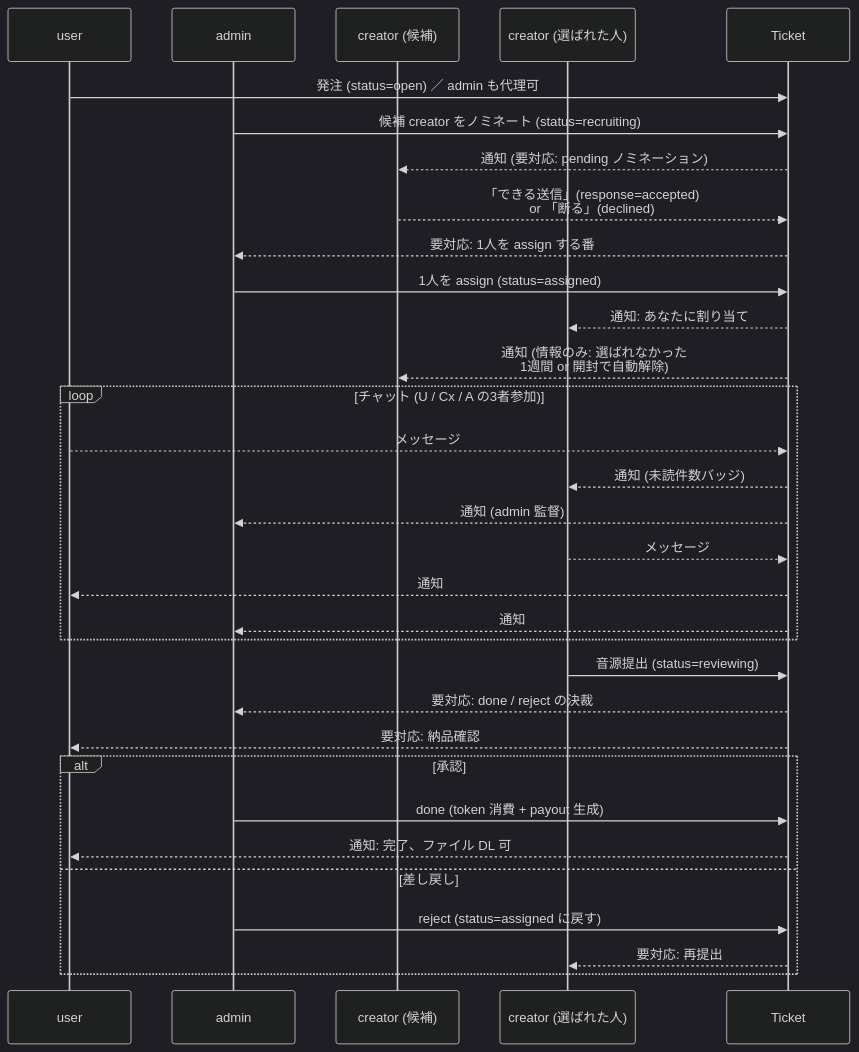
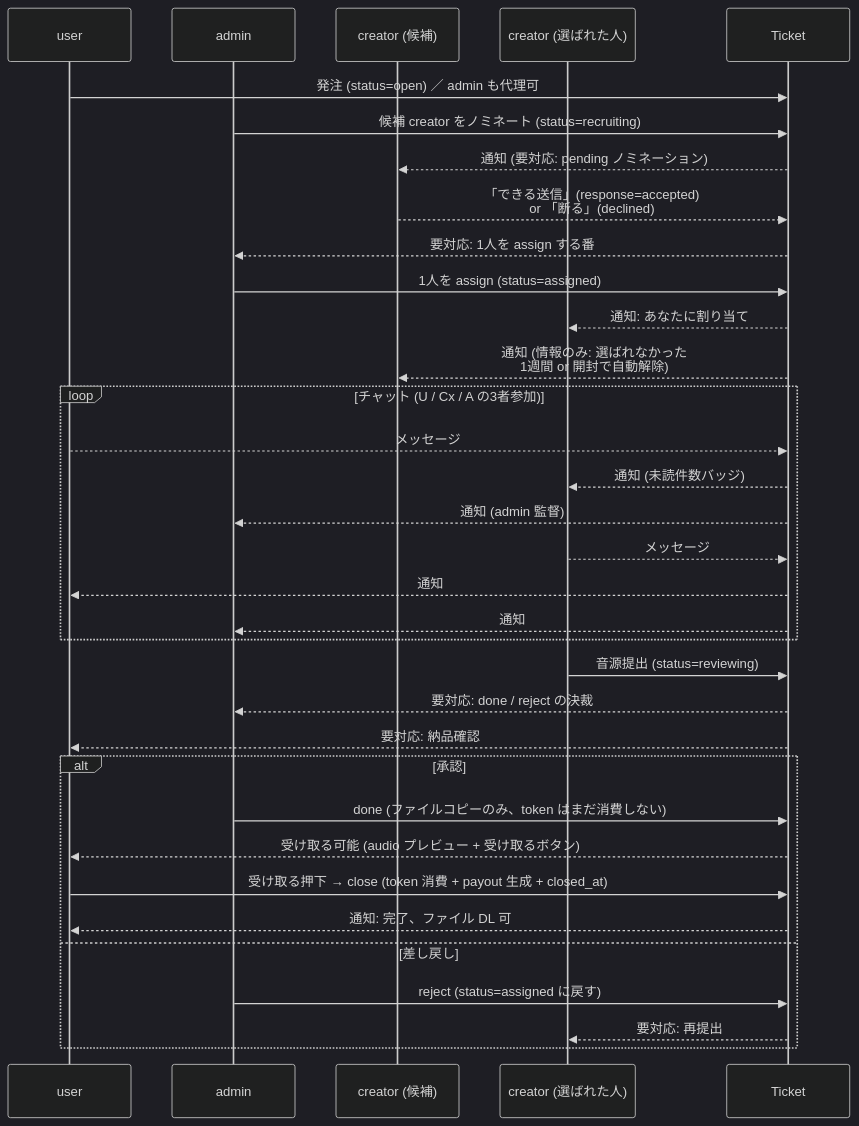
The second of 2 diagrams in docs/ORDER_SPEC.md (Sa-saT/AudioDataManagement), drawn with Mermaid (dark theme) before and after one commit. The commit also changed other lines of this file and 2 other files, not shown here.

First line of the commit message:
fix: 改訂2.2 — token 消費を done から close (受け取る) に移動

````diff
--- a/docs/ORDER_SPEC.md
+++ b/docs/ORDER_SPEC.md
@@ -554,35 +557,37 @@
 ```mermaid
 sequenceDiagram
     participant U as user
     participant A as admin
     participant C1 as creator (候補)
     participant Cx as creator (選ばれた人)
     participant T as Ticket
 
     U->>T: 発注 (status=open) ／ admin も代理可
     A->>T: 候補 creator をノミネート (status=recruiting)
     T-->>C1: 通知 (要対応: pending ノミネーション)
     C1-->>T: 「できる送信」(response=accepted)<br/>or 「断る」(declined)
     T-->>A: 要対応: 1人を assign する番
     A->>T: 1人を assign (status=assigned)
     T-->>Cx: 通知: あなたに割り当て
     T-->>C1: 通知 (情報のみ: 選ばれなかった<br/>1週間 or 開封で自動解除)
     loop チャット (U / Cx / A の3者参加)
         U-->>T: メッセージ
         T-->>Cx: 通知 (未読件数バッジ)
         T-->>A: 通知 (admin 監督)
         Cx-->>T: メッセージ
         T-->>U: 通知
         T-->>A: 通知
     end
     Cx->>T: 音源提出 (status=reviewing)
     T-->>A: 要対応: done / reject の決裁
     T-->>U: 要対応: 納品確認
     alt 承認
-        A->>T: done (token 消費 + payout 生成)
+        A->>T: done (ファイルコピーのみ、token はまだ消費しない)
+        T-->>U: 受け取る可能 (audio プレビュー + 受け取るボタン)
+        U->>T: 受け取る押下 → close (token 消費 + payout 生成 + closed_at)
         T-->>U: 通知: 完了、ファイル DL 可
     else 差し戻し
         A->>T: reject (status=assigned に戻す)
         T-->>Cx: 要対応: 再提出
     end
 ```
````
